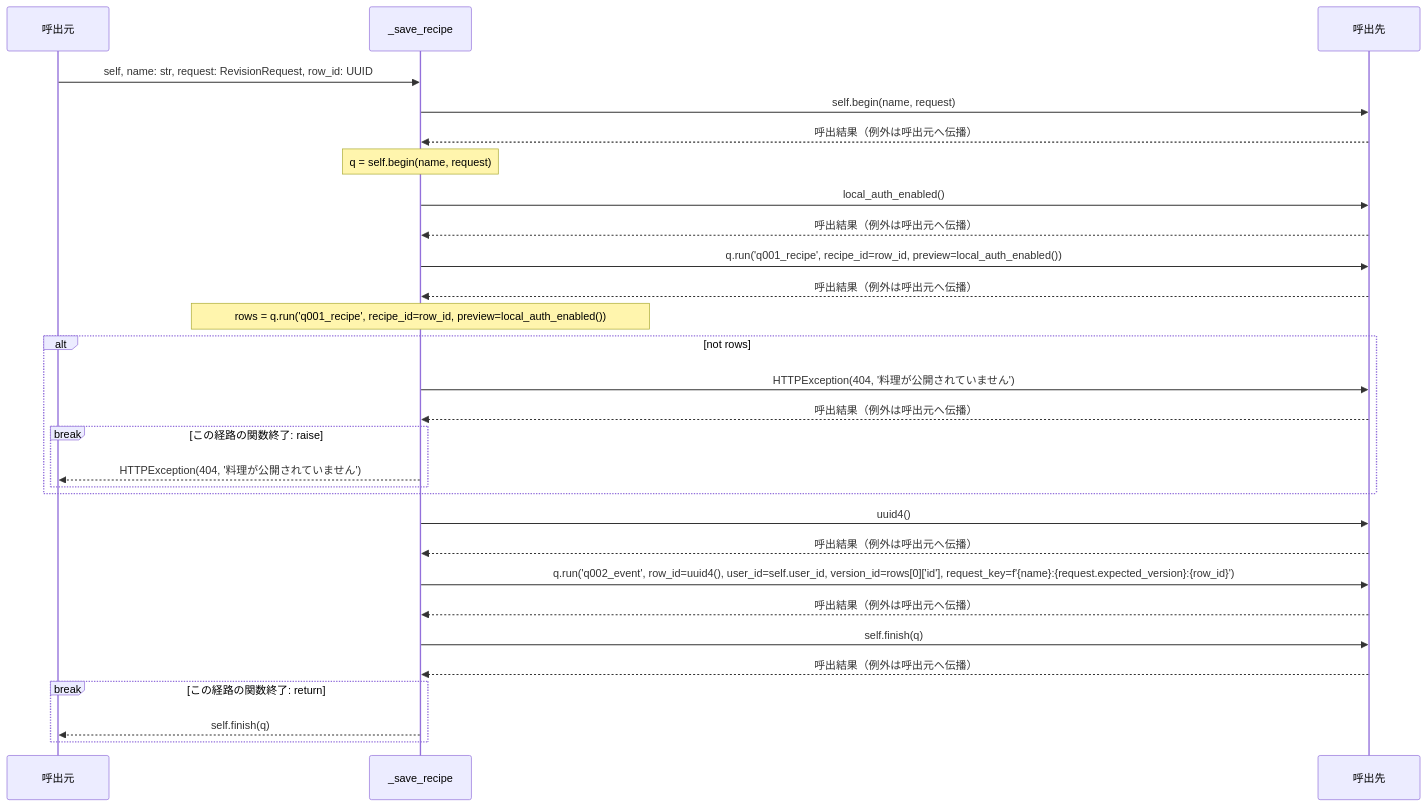
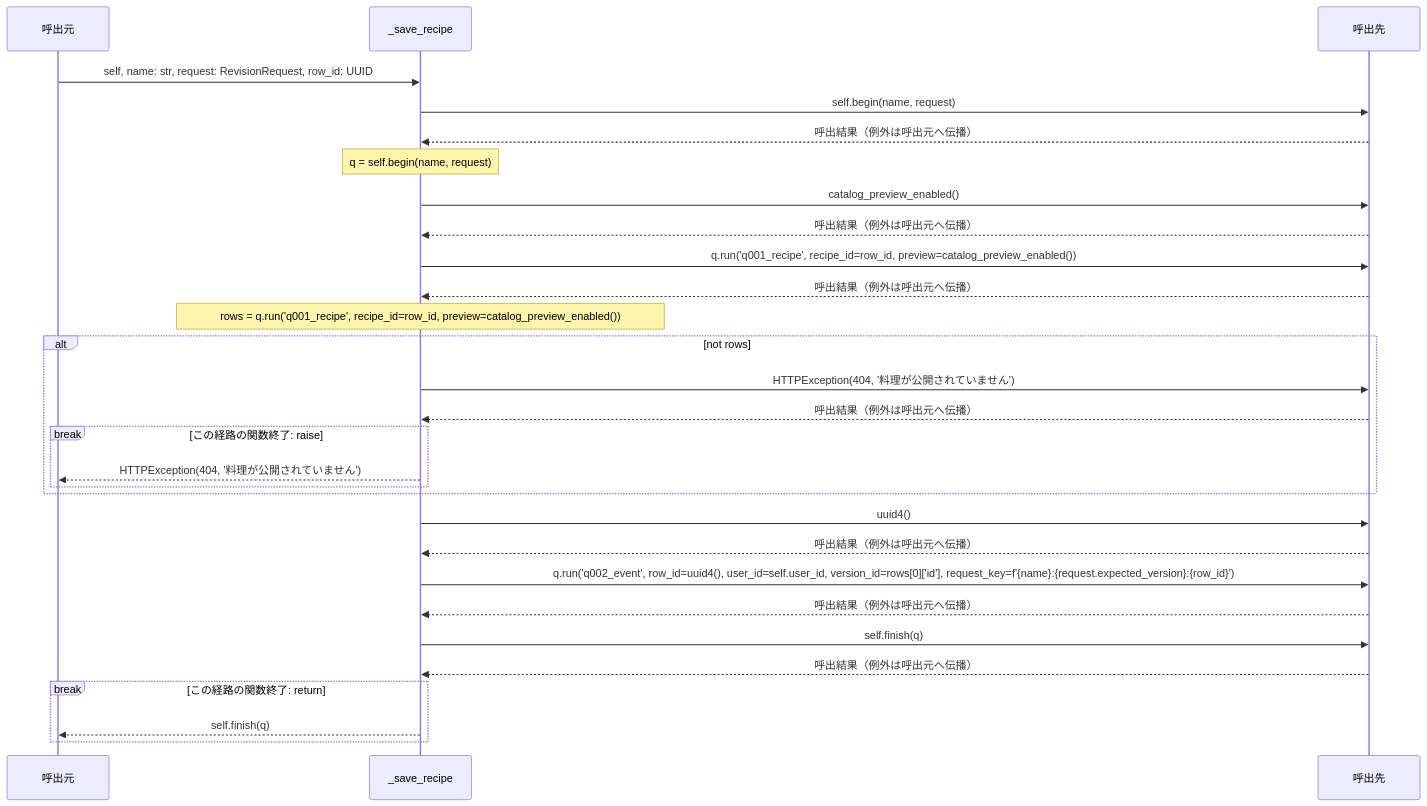
Before and after one commit to tsuji-tomonori/RecipeWeave: the tenth of 11 diagrams in docs/design/generated/api/operations/save_recipe/sequence.md, drawn with Mermaid. The commit also changed other lines of this file and 1660 other files, not shown here.

````diff
--- a/docs/design/generated/api/operations/save_recipe/sequence.md
+++ b/docs/design/generated/api/operations/save_recipe/sequence.md
@@ -227,31 +227,31 @@
 ```mermaid
 sequenceDiagram
     participant Caller as 呼出元
     participant Function as _save_recipe
     participant Callee as 呼出先
     Caller->>Function: self, name: str, request: RevisionRequest, row_id: UUID
     Function->>Callee: self.begin(name, request)
     Callee-->>Function: 呼出結果（例外は呼出元へ伝播）
     Note over Function: q = self.begin(name, request)
-    Function->>Callee: local_auth_enabled()
+    Function->>Callee: catalog_preview_enabled()
     Callee-->>Function: 呼出結果（例外は呼出元へ伝播）
-    Function->>Callee: q.run(#39;q001_recipe#39;, recipe_id=row_id, preview=local_auth_enabled())
+    Function->>Callee: q.run(#39;q001_recipe#39;, recipe_id=row_id, preview=catalog_preview_enabled())
     Callee-->>Function: 呼出結果（例外は呼出元へ伝播）
-    Note over Function: rows = q.run(#39;q001_recipe#39;, recipe_id=row_id, preview=local_auth_enabled())
+    Note over Function: rows = q.run(#39;q001_recipe#39;, recipe_id=row_id, preview=catalog_preview_enabled())
     alt not rows
         Function->>Callee: HTTPException(404, #39;料理が公開されていません#39;)
         Callee-->>Function: 呼出結果（例外は呼出元へ伝播）
         break この経路の関数終了: raise
             Function-->>Caller: HTTPException(404, #39;料理が公開されていません#39;)
         end
     end
     Function->>Callee: uuid4()
     Callee-->>Function: 呼出結果（例外は呼出元へ伝播）
     Function->>Callee: q.run(#39;q002_event#39;, row_id=uuid4(), user_id=self.user_id, version_id=rows[0][#39;id#39;], request_key=f#39;{name}:{request.expected_version}:{row_id}#39;)
     Callee-->>Function: 呼出結果（例外は呼出元へ伝播）
     Function->>Callee: self.finish(q)
     Callee-->>Function: 呼出結果（例外は呼出元へ伝播）
     break この経路の関数終了: return
         Function-->>Caller: self.finish(q)
     end
 ```
````
